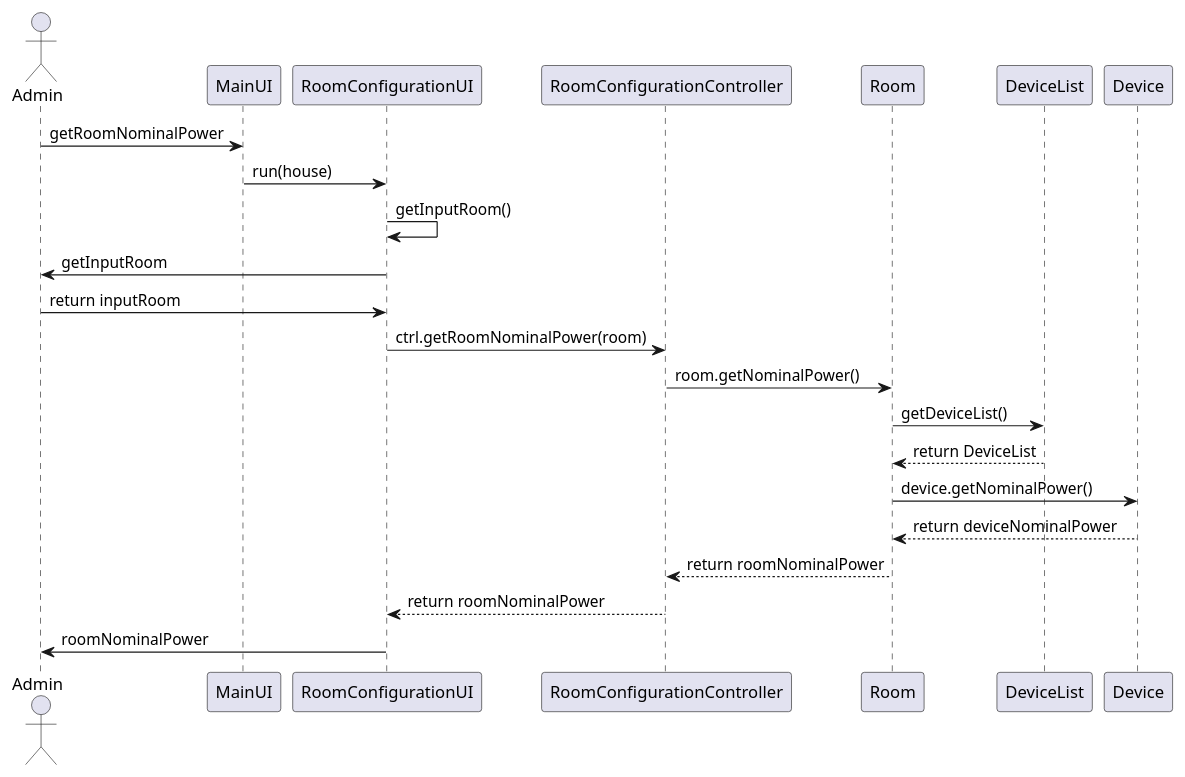
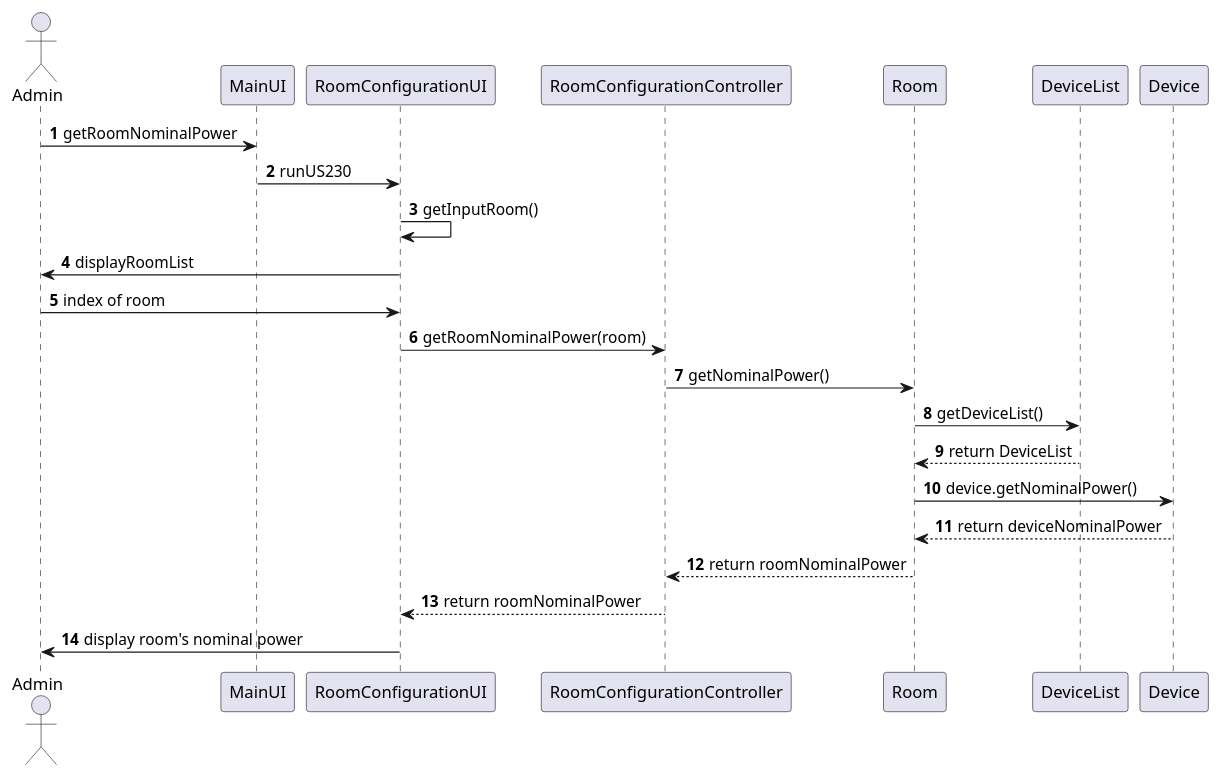
The diagram in uml/US230.puml (Almadanmp/project), drawn with PlantUML before and after one commit. The commit also changed 8 other files, not shown here.

Commit message:
#81 #83 inputGeographicAreaByList in InputUtils Delete methods from Utils fix US07

```diff
--- a/uml/US230.puml
+++ b/uml/US230.puml
@@ -1,19 +1,20 @@
 @startuml
+autonumber
 
 actor Admin
 Admin -> MainUI: getRoomNominalPower
-MainUI -> RoomConfigurationUI: run(house)
+MainUI -> RoomConfigurationUI: runUS230
 RoomConfigurationUI -> RoomConfigurationUI: getInputRoom()
-RoomConfigurationUI -> Admin: getInputRoom
-Admin -> RoomConfigurationUI: return inputRoom
-RoomConfigurationUI -> RoomConfigurationController: ctrl.getRoomNominalPower(room)
-RoomConfigurationController -> Room: room.getNominalPower()
+RoomConfigurationUI -> Admin: displayRoomList
+Admin -> RoomConfigurationUI: index of room
+RoomConfigurationUI -> RoomConfigurationController: getRoomNominalPower(room)
+RoomConfigurationController -> Room: getNominalPower()
 Room -> DeviceList: getDeviceList()
 DeviceList --> Room: return DeviceList
 Room -> Device: device.getNominalPower()
 Device --> Room: return deviceNominalPower
 Room --> RoomConfigurationController: return roomNominalPower
 RoomConfigurationController --> RoomConfigurationUI: return roomNominalPower
-RoomConfigurationUI -> Admin: roomNominalPower
+RoomConfigurationUI -> Admin: display room's nominal power
 
 @endumlΩ
```
